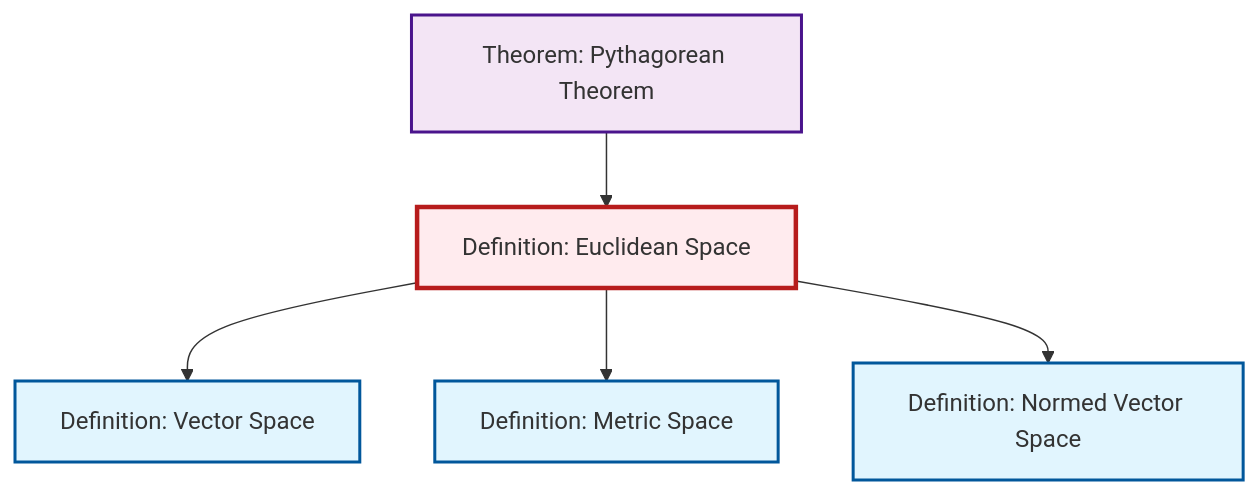
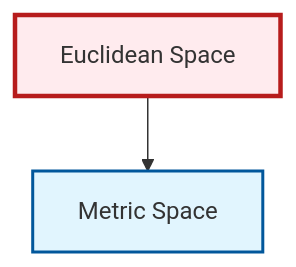
Before and after one commit to RK0429/ModernMath: the second of 2 diagrams in content/en/geometry/def-euclidean-space.qmd, drawn with Mermaid. The commit also changed 328 other files, not shown here.

````diff
--- a/content/en/geometry/def-euclidean-space.qmd
+++ b/content/en/geometry/def-euclidean-space.qmd
@@ -69,23 +69,14 @@
 ```{mermaid}
 %%| fig-cap: "Local dependency graph"
 graph TD
     classDef definition fill:#e1f5fe,stroke:#01579b,stroke-width:2px
     classDef theorem fill:#f3e5f5,stroke:#4a148c,stroke-width:2px
     classDef axiom fill:#fff3e0,stroke:#e65100,stroke-width:2px
     classDef example fill:#e8f5e9,stroke:#1b5e20,stroke-width:2px
     classDef current fill:#ffebee,stroke:#b71c1c,stroke-width:3px
-    thm-pythagorean["Theorem: Pythagorean Theorem"]:::theorem
-    def-metric-space["Definition: Metric Space"]:::definition
-    def-normed-vector-space["Definition: Normed Vector Space"]:::definition
-    def-vector-space["Definition: Vector Space"]:::definition
-    def-euclidean-space["Definition: Euclidean Space"]:::definition
-    thm-pythagorean --> def-euclidean-space
-    def-euclidean-space --> def-vector-space
+    def-euclidean-space["Euclidean Space"]:::definition
+    def-metric-space["Metric Space"]:::definition
     def-euclidean-space --> def-metric-space
-    def-euclidean-space --> def-normed-vector-space
     class def-euclidean-space current
-    click thm-pythagorean "thm-pythagorean.html" "Go to Pythagorean Theorem theorem"
-    click def-metric-space "def-metric-space.html" "Go to Metric Space definition"
-    click def-normed-vector-space "def-normed-vector-space.html" "Go to Normed Vector Space definition"
-    click def-vector-space "def-vector-space.html" "Go to Vector Space definition"
+    click def-metric-space "def-metric-space.html" "Go to Metric Space"
 ```
````
